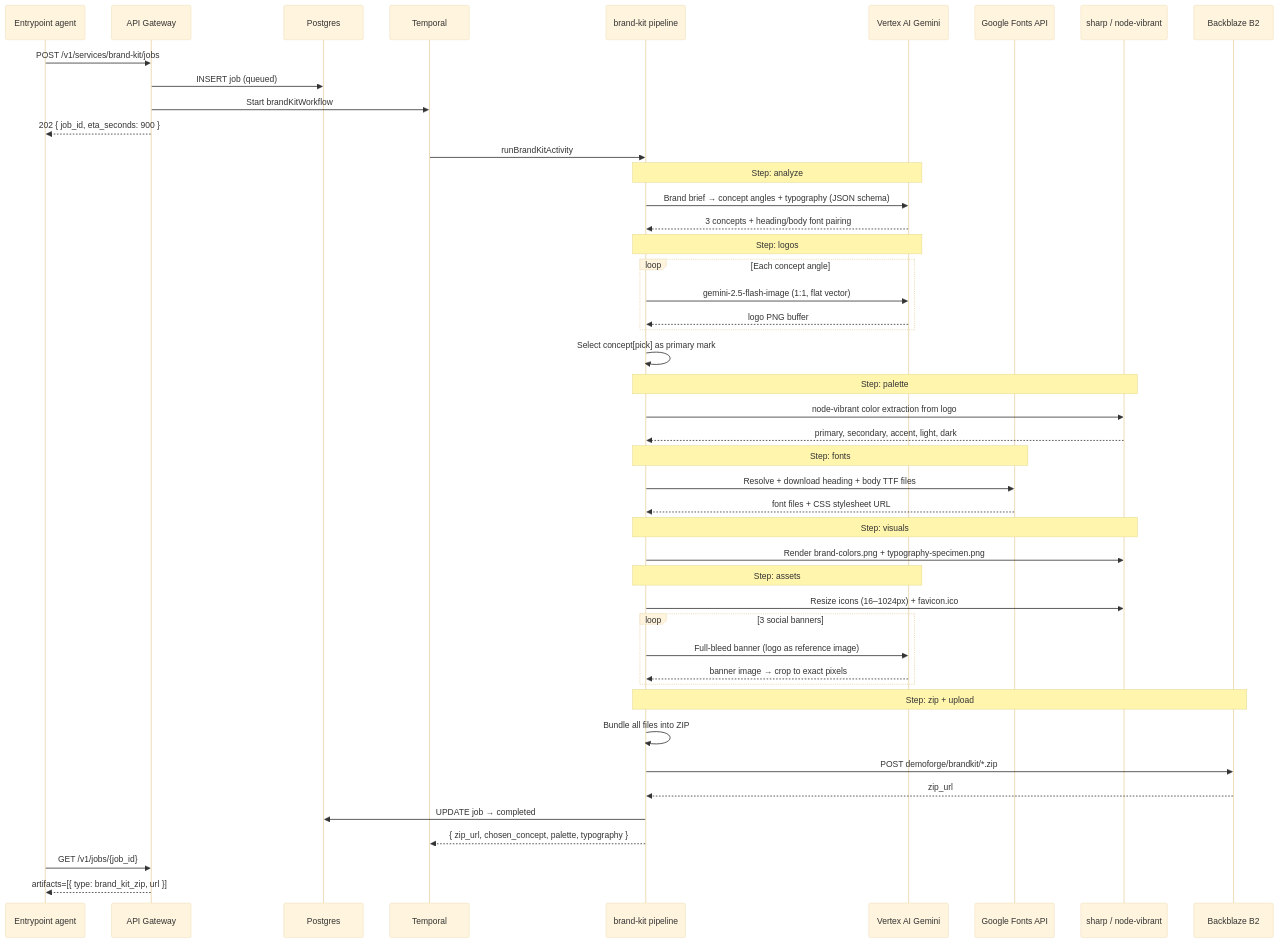
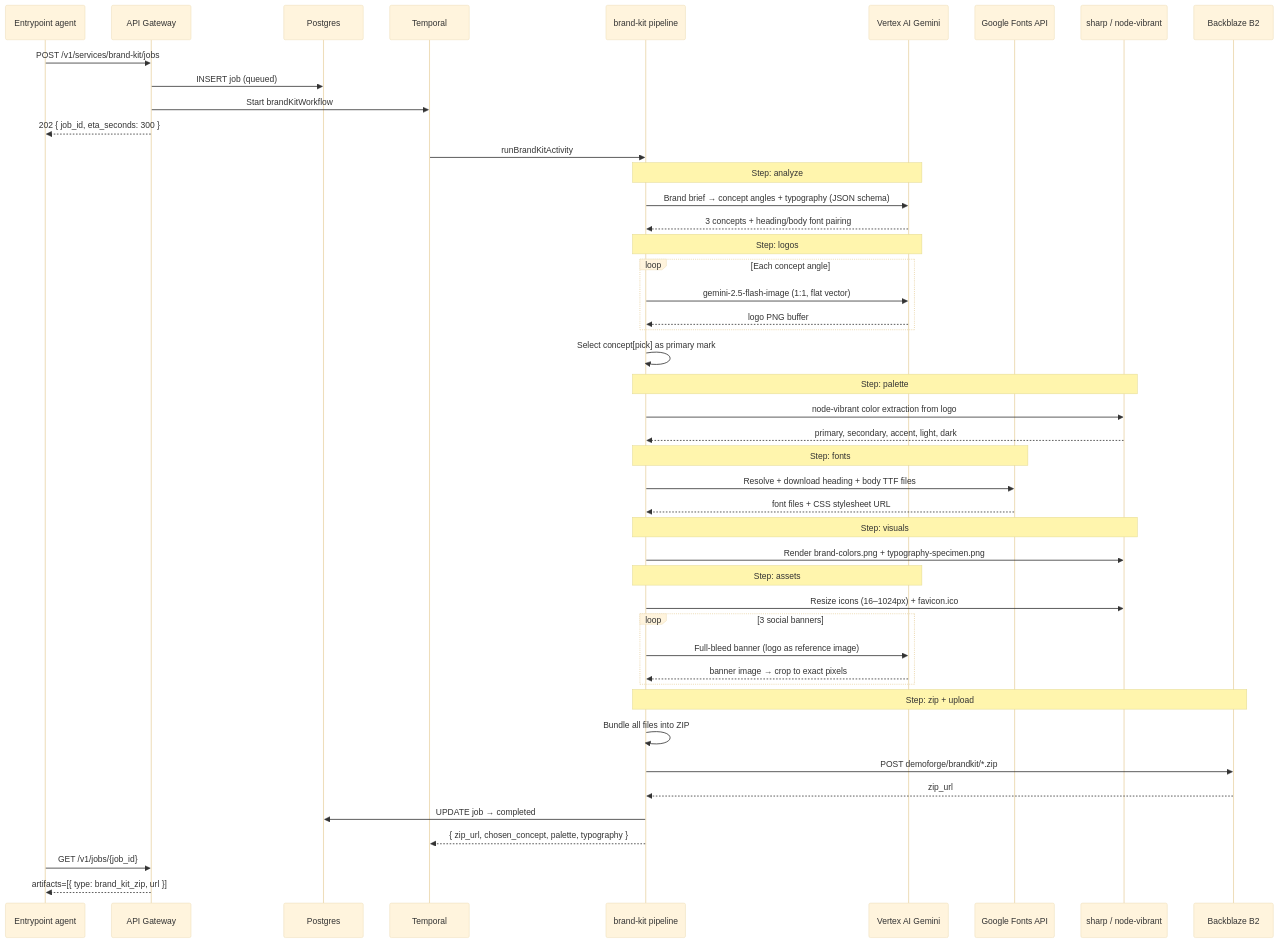
Before and after one commit to Marshal-AM/founderblaze: diagram 14 of 15 in README.md, drawn with Mermaid (base theme). The commit also changed other lines of this file, not shown here.

````diff
--- a/README.md
+++ b/README.md
@@ -3417,60 +3420,60 @@
 ```mermaid
 sequenceDiagram
     participant Agent as Calling Agent
     participant GW as API Gateway
     participant Agent as Entrypoint agent
     participant DB as Postgres
     participant T as Temporal
     participant BK as brand-kit pipeline
     participant Vertex as Vertex AI Gemini
     participant GF as Google Fonts API
     participant Sharp as sharp / node-vibrant
     participant SB as Backblaze B2
 
     Agent->>GW: POST /v1/services/brand-kit/jobs
         GW->>DB: INSERT job (queued)
     GW->>T: Start brandKitWorkflow
-    GW-->>Agent: 202 { job_id, eta_seconds: 900 }
+    GW-->>Agent: 202 { job_id, eta_seconds: 300 }
 
     T->>BK: runBrandKitActivity
 
     Note over BK,Vertex: Step: analyze
     BK->>Vertex: Brand brief → concept angles + typography (JSON schema)
     Vertex-->>BK: 3 concepts + heading/body font pairing
 
     Note over BK,Vertex: Step: logos
     loop Each concept angle
         BK->>Vertex: gemini-2.5-flash-image (1:1, flat vector)
         Vertex-->>BK: logo PNG buffer
     end
     BK->>BK: Select concept[pick] as primary mark
 
     Note over BK,Sharp: Step: palette
     BK->>Sharp: node-vibrant color extraction from logo
     Sharp-->>BK: primary, secondary, accent, light, dark
 
     Note over BK,GF: Step: fonts
     BK->>GF: Resolve + download heading + body TTF files
     GF-->>BK: font files + CSS stylesheet URL
 
     Note over BK,Sharp: Step: visuals
     BK->>Sharp: Render brand-colors.png + typography-specimen.png
 
     Note over BK,Vertex: Step: assets
     BK->>Sharp: Resize icons (16–1024px) + favicon.ico
     loop 3 social banners
         BK->>Vertex: Full-bleed banner (logo as reference image)
         Vertex-->>BK: banner image → crop to exact pixels
     end
 
     Note over BK,SB: Step: zip + upload
     BK->>BK: Bundle all files into ZIP
     BK->>SB: POST demoforge/brandkit/*.zip
     SB-->>BK: zip_url
 
     BK->>DB: UPDATE job → completed
     BK-->>T: { zip_url, chosen_concept, palette, typography }
 
     Agent->>GW: GET /v1/jobs/{job_id}
     GW-->>Agent: artifacts=[{ type: brand_kit_zip, url }]
 ```
````
